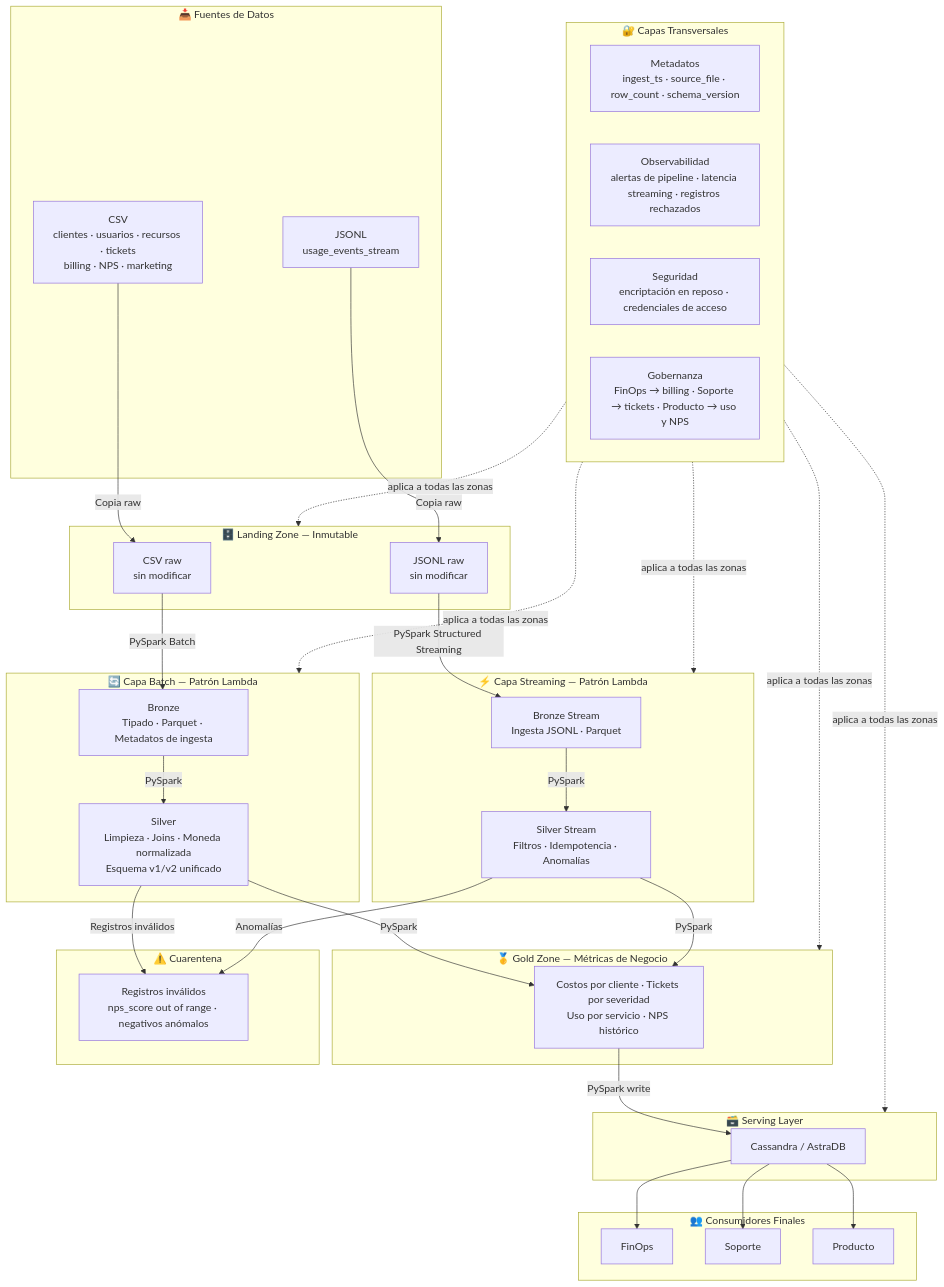
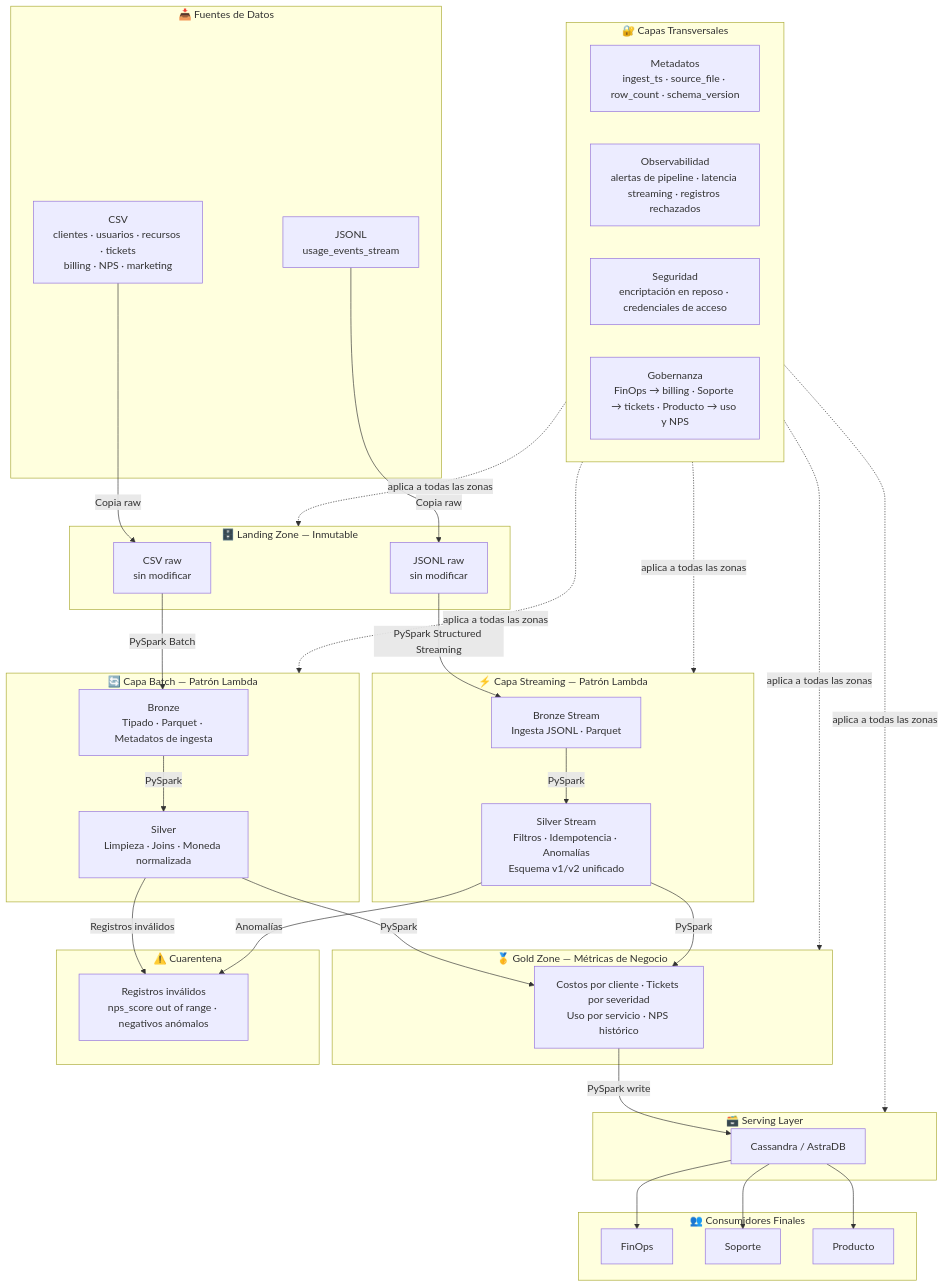
Before and after one commit to maruwagner893-droid/-cloud-provider-analytics: the diagram in docs/00_documento_diseño.md, drawn with Mermaid.

````diff
--- a/docs/00_documento_diseño.md
+++ b/docs/00_documento_diseño.md
@@ -122,67 +122,67 @@
 ```mermaid
 flowchart TD
     subgraph SRC["📥 Fuentes de Datos"]
         CSV["CSV\nclientes · usuarios · recursos · tickets\nbilling · NPS · marketing"]
         JSONL["JSONL\nusage_events_stream"]
     end
 
     subgraph LZ["🗄️ Landing Zone — Inmutable"]
         RAW_B["CSV raw\nsin modificar"]
         RAW_S["JSONL raw\nsin modificar"]
     end
 
     subgraph BATCH["🔄 Capa Batch — Patrón Lambda"]
         BRZ_B["Bronze\nTipado · Parquet · Metadatos de ingesta"]
-        SLV_B["Silver\nLimpieza · Joins · Moneda normalizada\nEsquema v1/v2 unificado"]
+        SLV_B["Silver\nLimpieza · Joins · Moneda normalizada"]
     end
 
     subgraph STREAM["⚡ Capa Streaming — Patrón Lambda"]
         BRZ_S["Bronze Stream\nIngesta JSONL · Parquet"]
-        SLV_S["Silver Stream\nFiltros · Idempotencia · Anomalías"]
+        SLV_S["Silver Stream\nFiltros · Idempotencia · Anomalías\nEsquema v1/v2 unificado"]
     end
 
     subgraph GZ["🥇 Gold Zone — Métricas de Negocio"]
         GLD["Costos por cliente · Tickets por severidad\nUso por servicio · NPS histórico"]
     end
 
     subgraph QUAR["⚠️ Cuarentena"]
         Q["Registros inválidos\nnps_score out of range · negativos anómalos"]
     end
 
     subgraph SRV["🗃️ Serving Layer"]
         CASS["Cassandra / AstraDB"]
     end
 
     subgraph GOV["🔐 Capas Transversales"]
         META["Metadatos\ningest_ts · source_file · row_count · schema_version"]
         OBS["Observabilidad\nalertas de pipeline · latencia streaming · registros rechazados"]
         SEC["Seguridad\nencriptación en reposo · credenciales de acceso"]
         GVN["Gobernanza\nFinOps → billing · Soporte → tickets · Producto → uso y NPS"]
     end
 
     subgraph USR["👥 Consumidores Finales"]
         FO["FinOps"]
         SP["Soporte"]
         PR["Producto"]
     end
 
     CSV -->|Copia raw| RAW_B
     JSONL -->|Copia raw| RAW_S
     RAW_B -->|PySpark Batch| BRZ_B
     RAW_S -->|PySpark Structured Streaming| BRZ_S
     BRZ_B -->|PySpark| SLV_B
     BRZ_S -->|PySpark| SLV_S
     SLV_B -->|Registros inválidos| Q
     SLV_S -->|Anomalías| Q
     SLV_B -->|PySpark| GLD
     SLV_S -->|PySpark| GLD
     GLD -->|PySpark write| CASS
     CASS --> FO
     CASS --> SP
     CASS --> PR
     GOV -.->|aplica a todas las zonas| LZ
     GOV -.->|aplica a todas las zonas| BATCH
     GOV -.->|aplica a todas las zonas| STREAM
     GOV -.->|aplica a todas las zonas| GZ
     GOV -.->|aplica a todas las zonas| SRV
 ```
````
